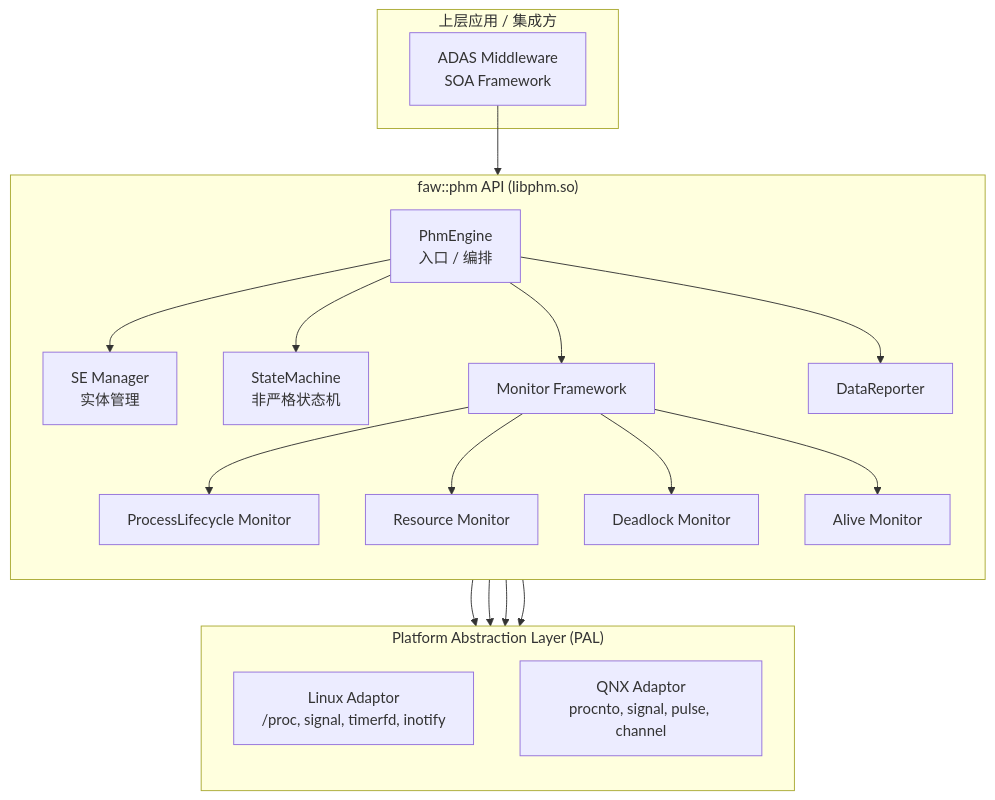
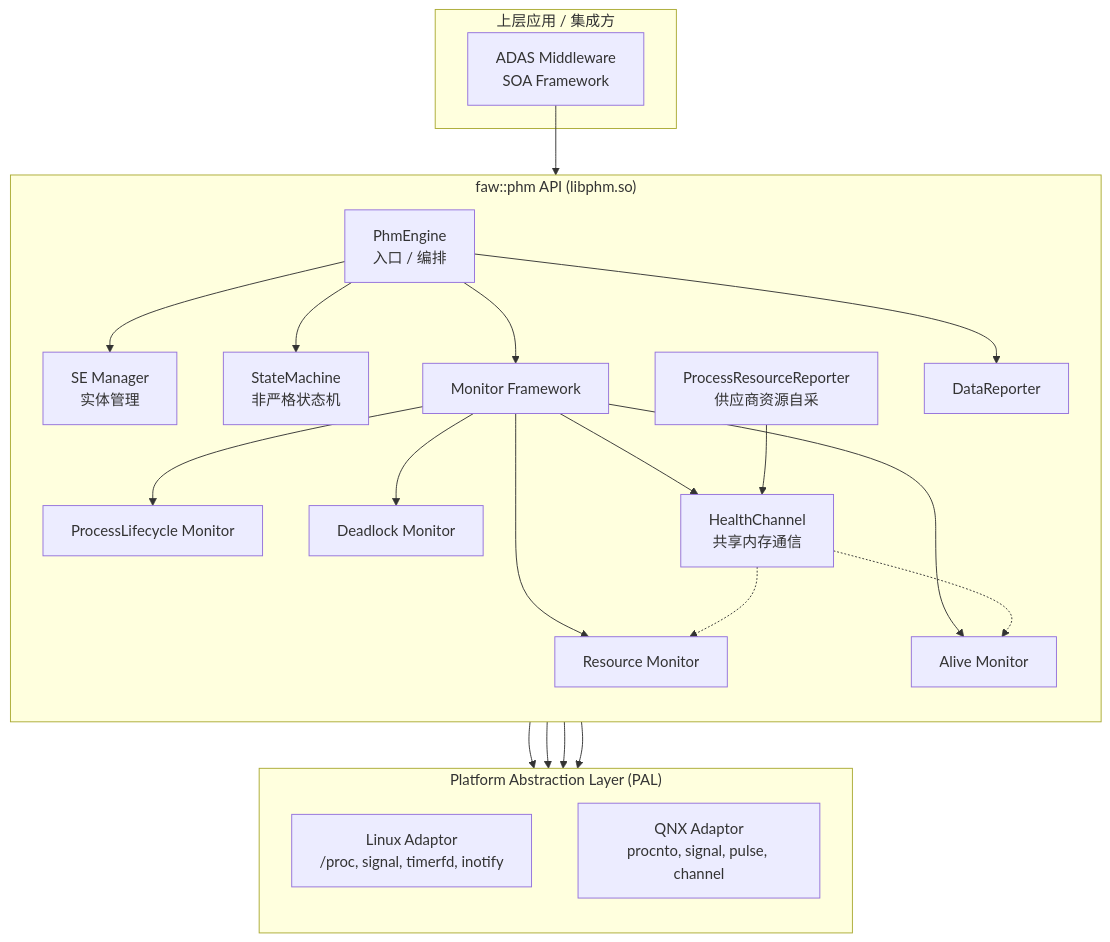
Before and after one commit to DustEater/phm: the first of 7 diagrams in doc/spec.md, drawn with Mermaid. The commit also changed other lines of this file and 2 other files, not shown here.

````diff
--- a/doc/spec.md
+++ b/doc/spec.md
@@ -36,39 +36,45 @@
 ```mermaid
 flowchart TB
     subgraph Top["上层应用 / 集成方"]
         APP["ADAS Middleware<br/>SOA Framework"]
     end
 
     subgraph Lib["faw::phm API (libphm.so)"]
         direction TB
         ENGINE["PhmEngine<br/>入口 / 编排"]
         SEMGR["SE Manager<br/>实体管理"]
         SM["StateMachine<br/>非严格状态机"]
         MF["Monitor Framework"]
         PLM["ProcessLifecycle Monitor"]
         RM["Resource Monitor"]
         DM["Deadlock Monitor"]
         AM["Alive Monitor"]
+        HC["HealthChannel<br/>共享内存通信"]
+        RR["ProcessResourceReporter<br/>供应商资源自采"]
         DR["DataReporter"]
     end
 
     subgraph PAL["Platform Abstraction Layer (PAL)"]
         direction TB
         LINUX["Linux Adaptor<br/>/proc, signal, timerfd, inotify"]
         QNX["QNX Adaptor<br/>procnto, signal, pulse, channel"]
     end
 
     APP --> ENGINE
     ENGINE --> SEMGR
     ENGINE --> SM
     ENGINE --> MF
     MF --> PLM
     MF --> RM
     MF --> DM
     MF --> AM
+    MF --> HC
+    HC -.-> AM
+    HC -.-> RM
+    RR --> HC
     ENGINE --> DR
     PLM --> PAL
     RM --> PAL
     DM --> PAL
     AM --> PAL
 ```
````
